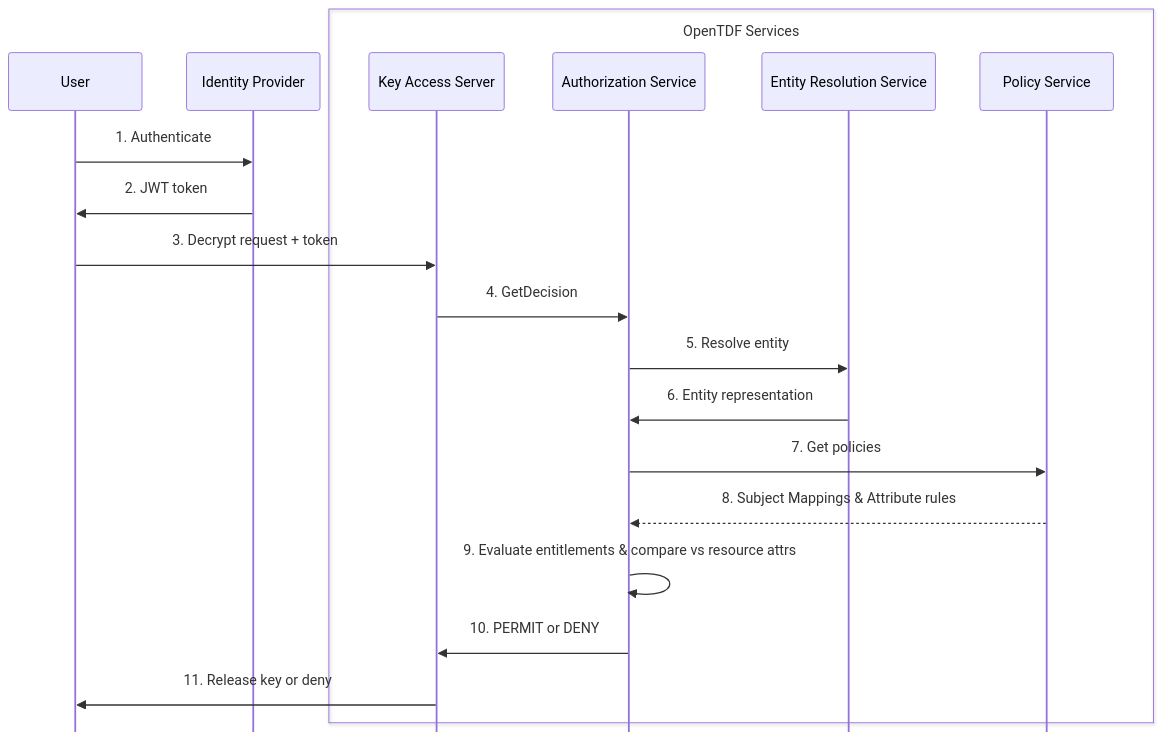
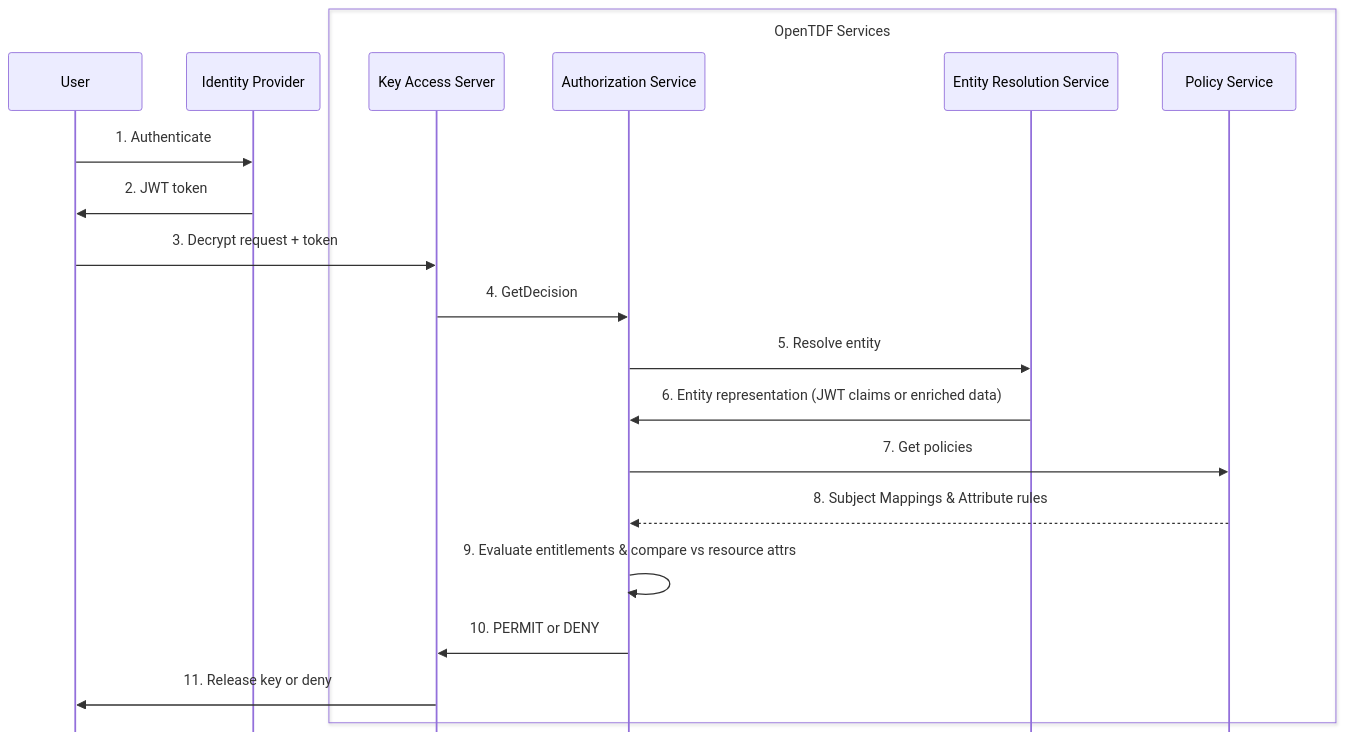
The diagram in docs/guides/subject-mapping-guide.md (opentdf/docs), drawn with Mermaid before and after one commit. The commit also changed other lines of this file and 2 other files, not shown here.

Commit message:
docs(subject-mapping-guide): clarify ERS architecture and role in subject mapping evaluation
- Simplify subject_mappings.md note to a single focused callout linking to ERS docs
- Expand entity_resolution.md with developer-focused context: ERS is bundled in
  the platform (no separate setup), Keycloak-as-IdP vs Keycloak-ERS-mode distinction,
  and CATEGORY_SUBJECT vs CATEGORY_ENVIRONMENT explanation with service account gotcha
- Update sequence diagram step 6 label to clarify ERS returns JWT claims or enriched data
- Update subject mapping guide intro to remove implicit ERS coupling

````diff
--- a/docs/guides/subject-mapping-guide.md
+++ b/docs/guides/subject-mapping-guide.md
@@ -42,28 +42,28 @@
 ```mermaid
 %%{init: {'sequence': {'boxMargin': 20, 'mirrorActors': false}}}%%
 sequenceDiagram
     participant User
     participant IdP as Identity Provider
     box OpenTDF Services
         participant KAS as Key Access Server
         participant Auth as Authorization Service
         participant ERS as Entity Resolution Service
         participant Policy as Policy Service
     end
 
     User->>IdP: 1. Authenticate
     IdP->>User: 2. JWT token
 
     User->>KAS: 3. Decrypt request + token
     KAS->>Auth: 4. GetDecision
 
     Auth->>ERS: 5. Resolve entity
-    ERS->>Auth: 6. Entity representation
+    ERS->>Auth: 6. Entity representation (JWT claims or enriched data)
 
     Auth->>Policy: 7. Get policies
     Policy-->>Auth: 8. Subject Mappings & Attribute rules
 
     Auth->>Auth: 9. Evaluate entitlements & compare vs resource attrs
     Auth->>KAS: 10. PERMIT or DENY
     KAS->>User: 11. Release key or deny
 ```
````
